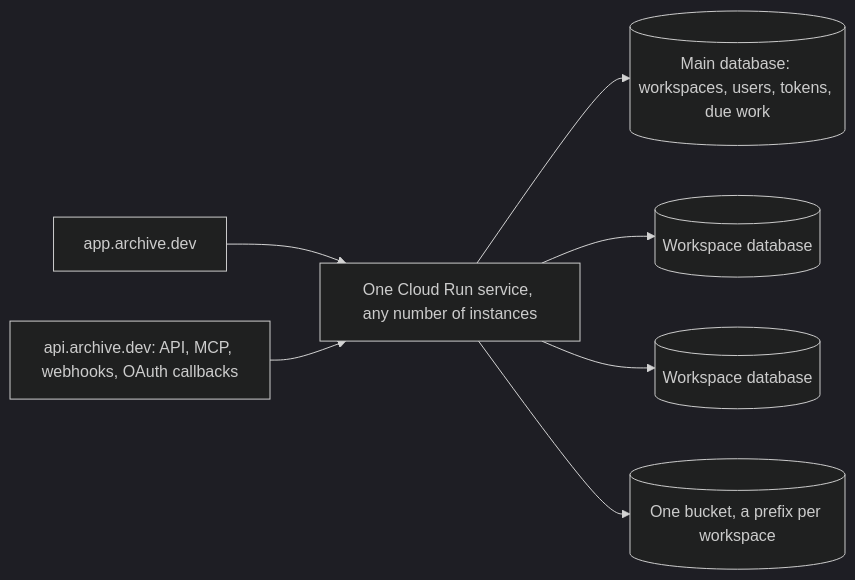
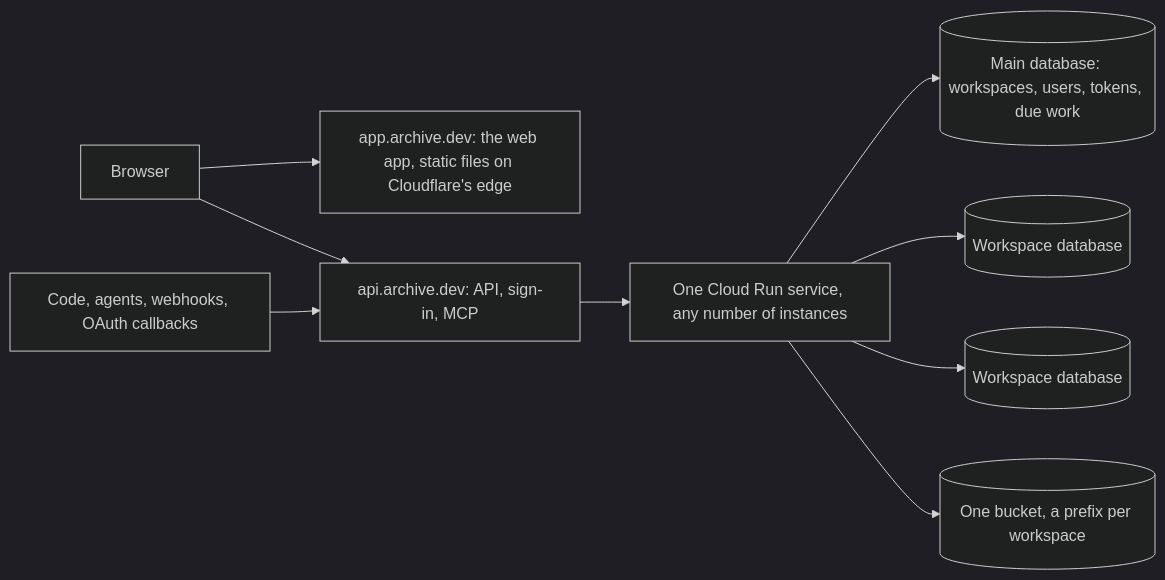
Before and after one commit to Mulholland-Inc/archive: the diagram in docs/adr/0003-hosting.md, drawn with Mermaid (dark theme). The commit also changed other lines of this file and 14 other files, not shown here.

First line of the commit message:
app.archive.dev is the web app from Cloudflare's edge and calls api.archive.dev directly, with CORS for the app's origin and the session cookie on the API host (#114)

````diff
--- a/docs/adr/0003-hosting.md
+++ b/docs/adr/0003-hosting.md
@@ -13,9 +13,11 @@
 ```mermaid
 flowchart LR
-  Browser[app.archive.dev] --> Run
-  Clients[api.archive.dev: API, MCP, webhooks, OAuth callbacks] --> Run
+  Browser[Browser] --> App[app.archive.dev: the web app, static files on Cloudflare's edge]
+  Browser --> Api
+  Clients[Code, agents, webhooks, OAuth callbacks] --> Api[api.archive.dev: API, sign-in, MCP]
+  Api --> Run
   Run[One Cloud Run service, any number of instances] --> Main[(Main database: workspaces, users, tokens, due work)]
   Run --> W1[(Workspace database)]
   Run --> W2[(Workspace database)]
   Run --> Blobs[(One bucket, a prefix per workspace)]
 ```
````
